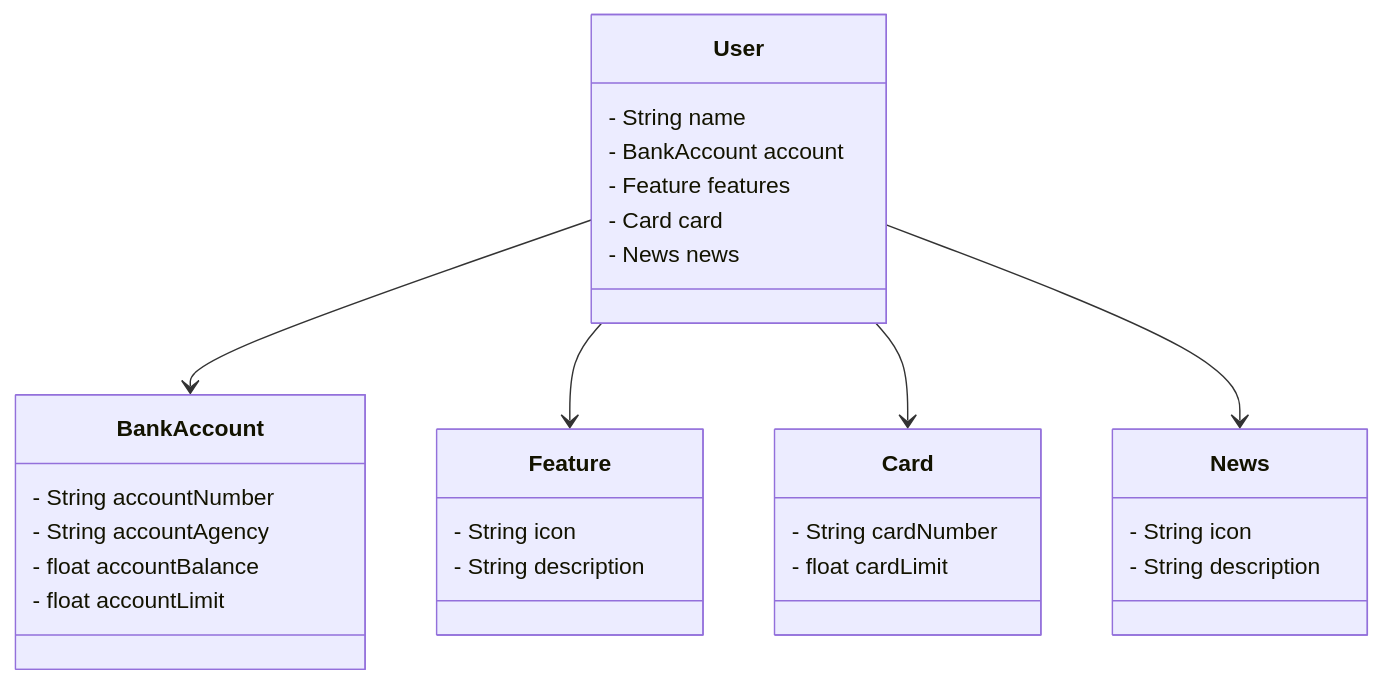
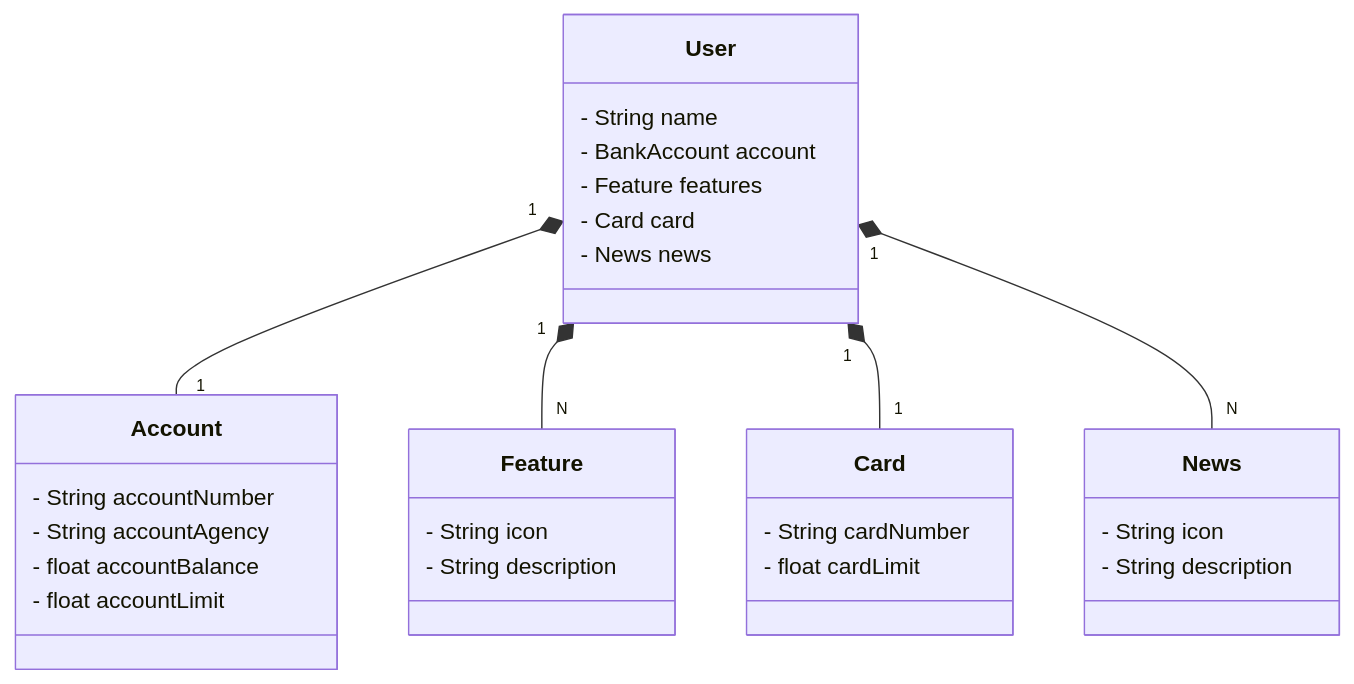
Before and after one commit to JhonatanLira/santander.dev.week.2024: the diagram in README.md, drawn with Mermaid.

````diff
--- a/README.md
+++ b/README.md
@@ -5,38 +5,38 @@
 ```mermaid  <!--https://mermaid.js.org/ -->
 classDiagram
     class User {
         - String name
         - BankAccount account
         - Feature features
         - Card card
         - News news
     }
     
-    class BankAccount {
+    class Account {
         - String accountNumber
         - String accountAgency
         - float accountBalance
         - float accountLimit
     }
     
     class Feature {
         - String icon
         - String description
     }
     
     class Card {
         - String cardNumber
         - float cardLimit
     }
     
     class News {
         - String icon
         - String description
     }
     
-    User --> BankAccount
-    User --> Feature
-    User --> Card
-    User --> News
+    User"1" *--"1" Account
+    User"1" *--"N" Feature
+    User"1" *--"1" Card
+    User"1" *--"N" News
 
 ```
````
